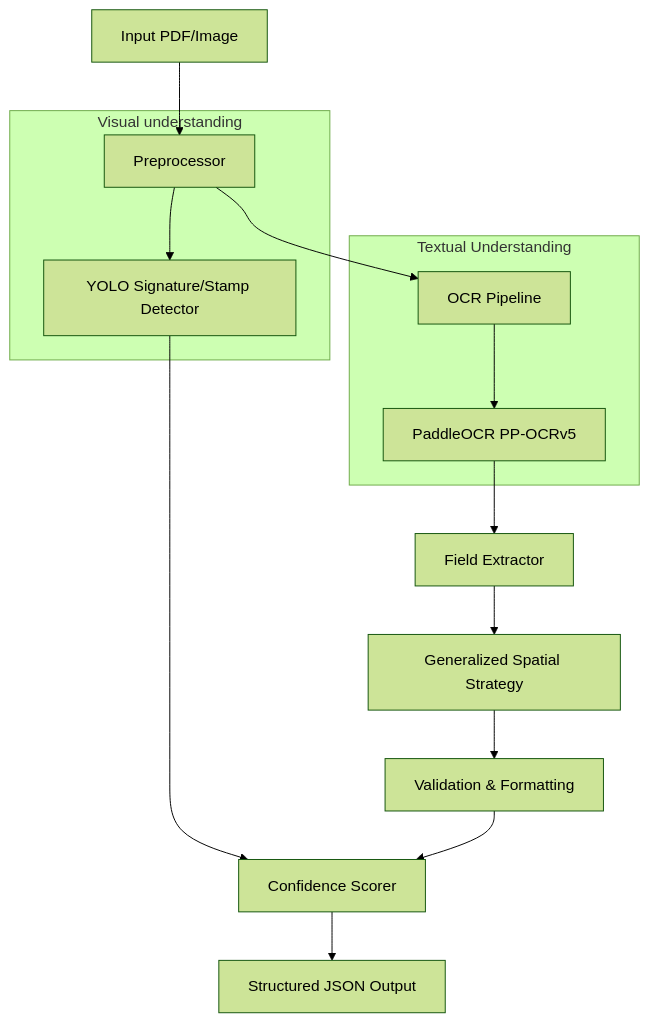
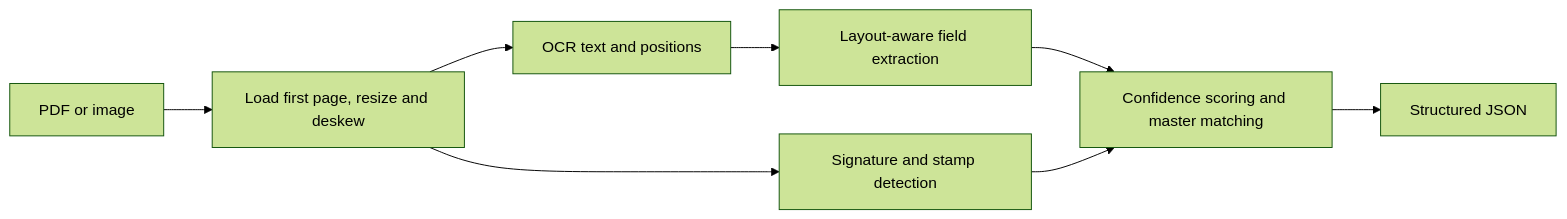
Before and after one commit to epawan/IntelliExtract-DocAI: the diagram in README.md, drawn with Mermaid (forest theme). The commit also changed other lines of this file and 31 other files, not shown here.

````diff
--- a/README.md
+++ b/README.md
@@ -55,21 +116,10 @@
 ```mermaid
-graph TD
-    A[Input PDF/Image] --> B[Preprocessor]
-    
-    subgraph "Visual understanding"
-    B --> H[YOLO Signature/Stamp Detector]
-    end
-
-    subgraph "Textual Understanding"
-    B --> C[OCR Pipeline]
-    C --> D1[PaddleOCR PP-OCRv5]
-    end
-    
-    D1 --> E[Field Extractor]
-    E --> F[Generalized Spatial Strategy]
-    F --> G[Validation & Formatting]
-    
-    H --> J[Confidence Scorer]
-    G --> J
-    J --> K[Structured JSON Output]
+flowchart LR
+    A[PDF or image] --> B[Load first page, resize and deskew]
+    B --> C[OCR text and positions]
+    B --> D[Signature and stamp detection]
+    C --> E[Layout-aware field extraction]
+    E --> F[Confidence scoring and master matching]
+    D --> F
+    F --> G[Structured JSON]
 ```
````
